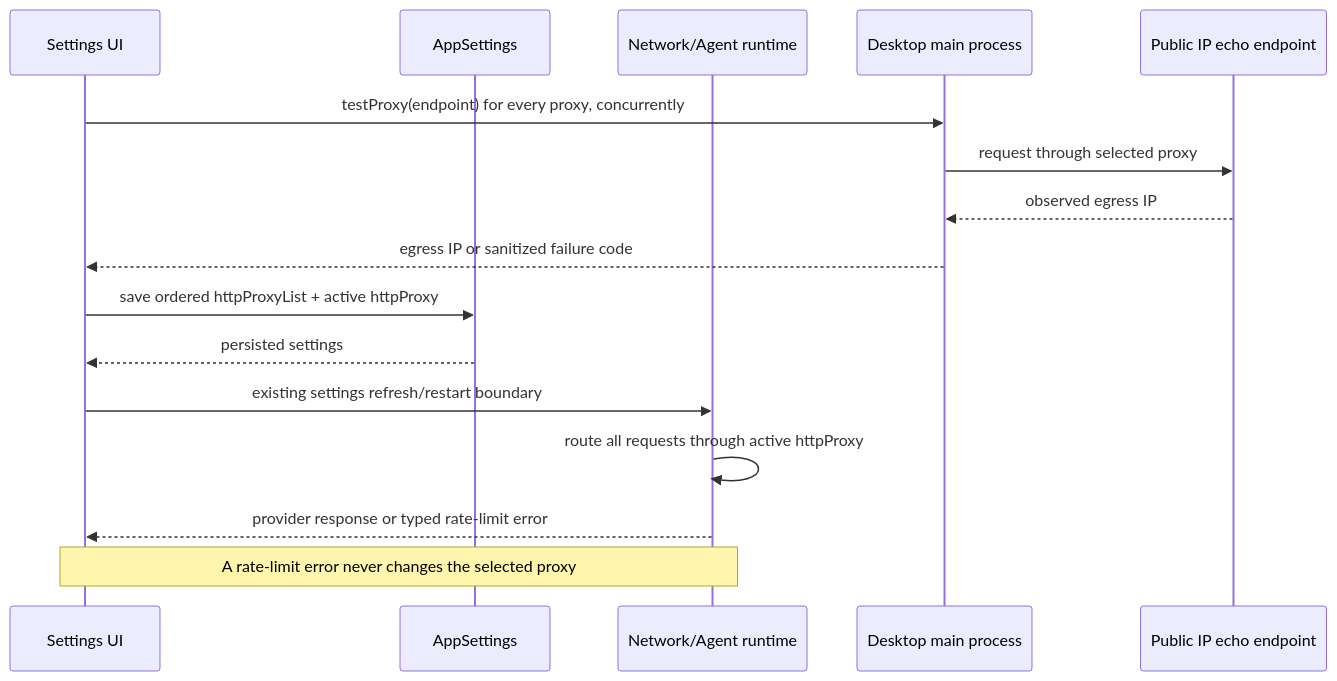
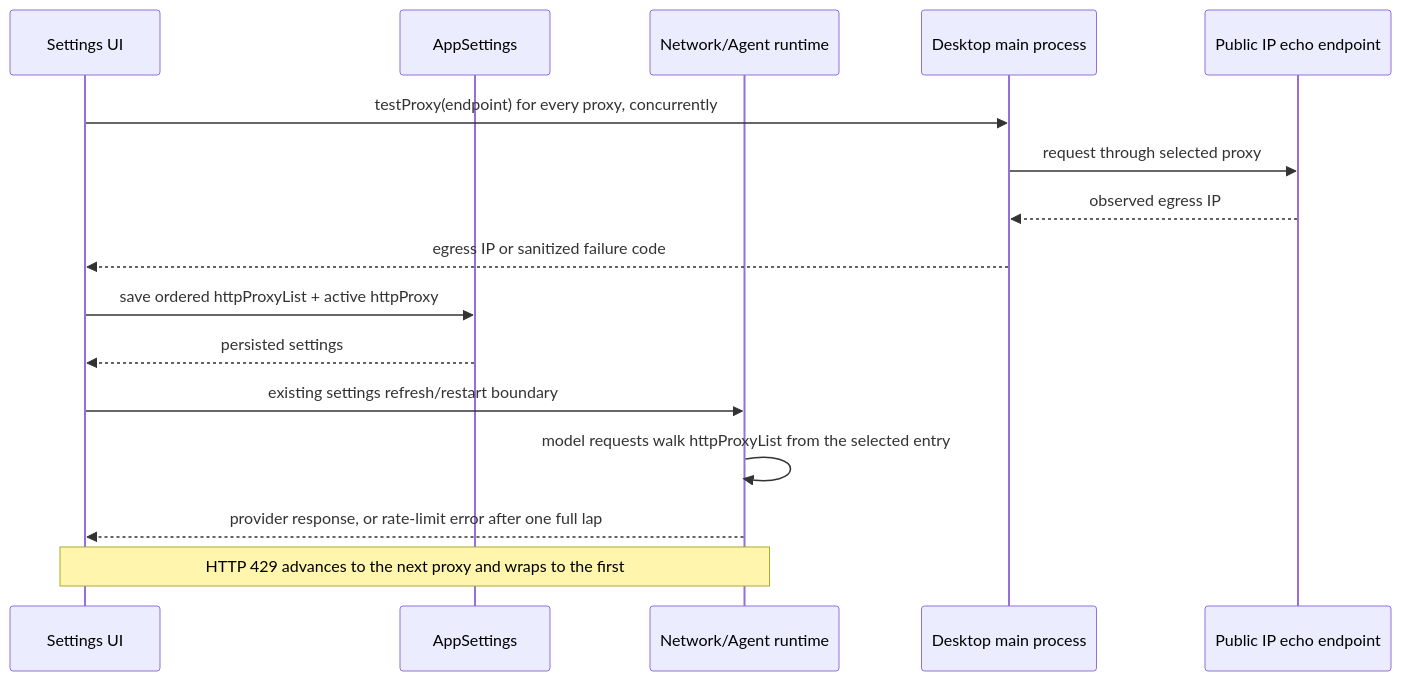
Before and after one commit to m1krot1k1/Zcode: the diagram in docs/specs/network-proxy-settings.md, drawn with Mermaid. The commit also changed other lines of this file and 15 other files, not shown here.

````diff
--- a/docs/specs/network-proxy-settings.md
+++ b/docs/specs/network-proxy-settings.md
@@ -19,18 +20,18 @@
 ```mermaid
 sequenceDiagram
   participant UI as Settings UI
   participant Settings as AppSettings
   participant Runtime as Network/Agent runtime
   participant Main as Desktop main process
   participant Echo as Public IP echo endpoint
   UI->>Main: testProxy(endpoint) for every proxy, concurrently
   Main->>Echo: request through selected proxy
   Echo-->>Main: observed egress IP
   Main-->>UI: egress IP or sanitized failure code
   UI->>Settings: save ordered httpProxyList + active httpProxy
   Settings-->>UI: persisted settings
   UI->>Runtime: existing settings refresh/restart boundary
-  Runtime->>Runtime: route all requests through active httpProxy
-  Runtime-->>UI: provider response or typed rate-limit error
-  Note over UI,Runtime: A rate-limit error never changes the selected proxy
+  Runtime->>Runtime: model requests walk httpProxyList from the selected entry
+  Runtime-->>UI: provider response, or rate-limit error after one full lap
+  Note over UI,Runtime: HTTP 429 advances to the next proxy and wraps to the first
 ```
````
